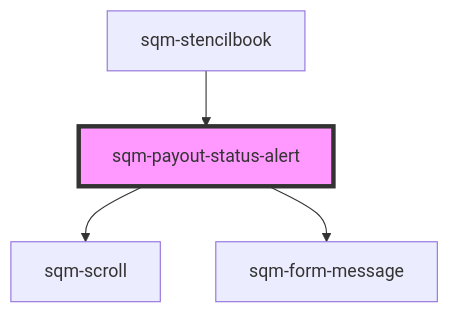
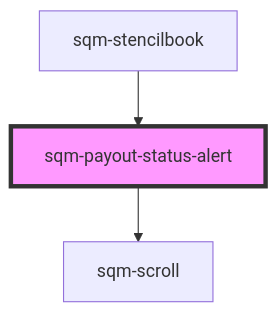
Before and after one commit to saasquatch/program-tools: the diagram in packages/mint-components/src/components/tax-and-cash/sqm-payout-status-alert/readme.md, drawn with Mermaid. The commit also changed other lines of this file and 8 other files, not shown here.

````diff
--- a/packages/mint-components/src/components/tax-and-cash/sqm-payout-status-alert/readme.md
+++ b/packages/mint-components/src/components/tax-and-cash/sqm-payout-status-alert/readme.md
@@ -35,7 +34,6 @@
 ```mermaid
 graph TD;
   sqm-payout-status-alert --> sqm-scroll
-  sqm-payout-status-alert --> sqm-form-message
   sqm-stencilbook --> sqm-payout-status-alert
   style sqm-payout-status-alert fill:#f9f,stroke:#333,stroke-width:4px
 ```
````
